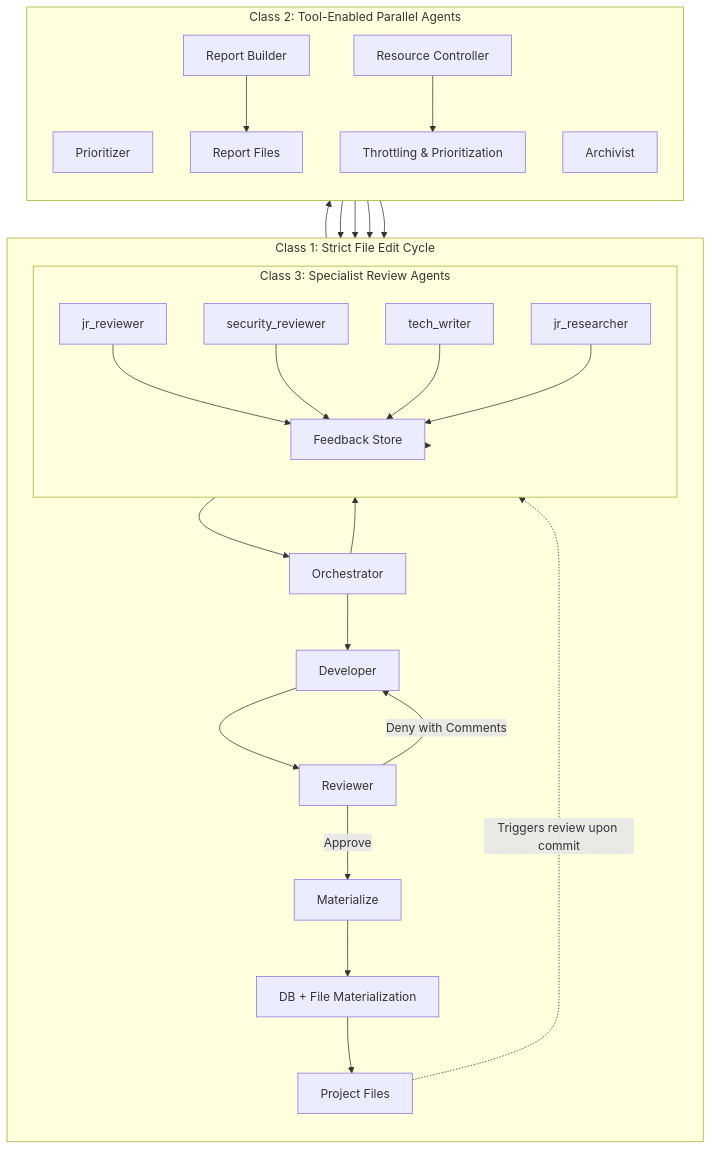
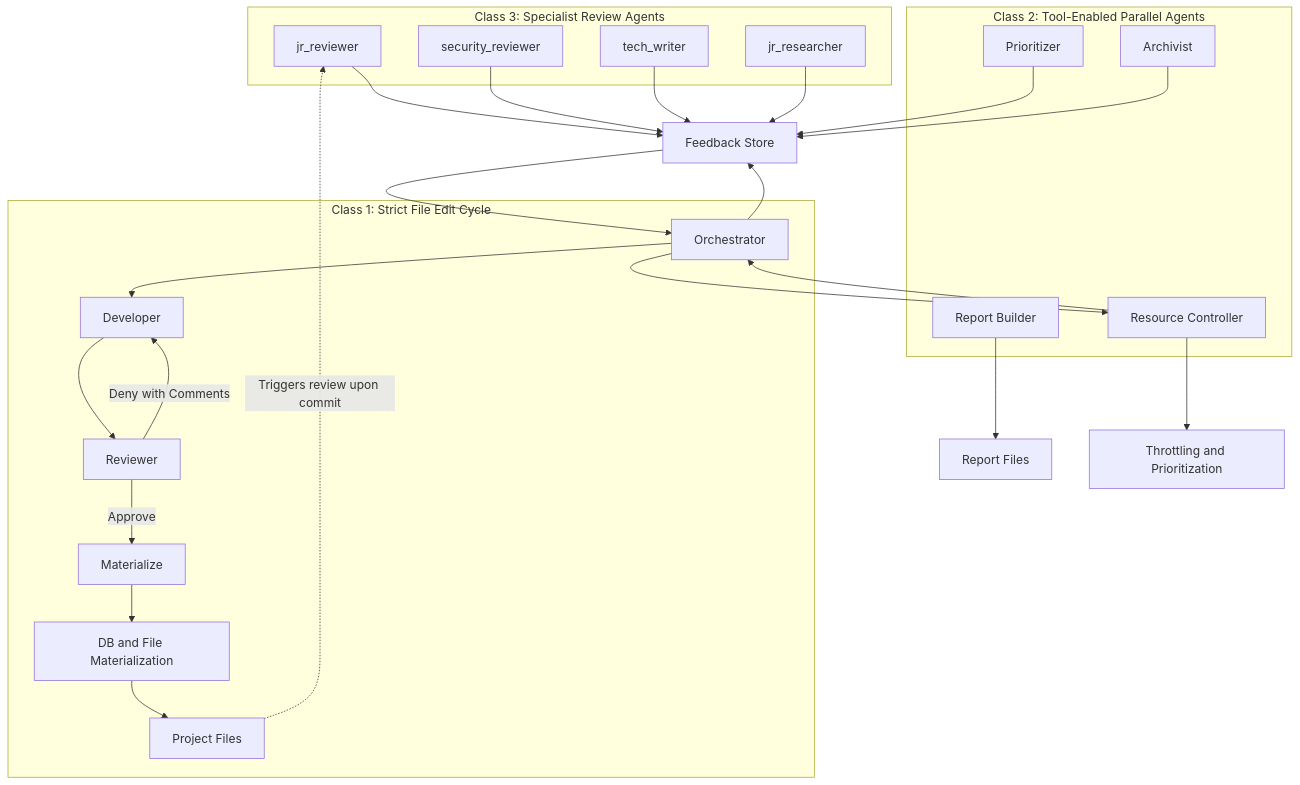
The second of 2 diagrams in README.md (seakintruth/PrizmForge), drawn with Mermaid before and after one commit. The commit also changed other lines of this file and 1 other file, not shown here.

````diff
--- a/README.md
+++ b/README.md
@@ -123,57 +125,54 @@
 ```mermaid
-flowchart BT
+flowchart TD
     subgraph Class3["Class 3: Specialist Review Agents"]
-        direction TB
         JrReviewer["jr_reviewer"]
         Security["security_reviewer"]
         TechWriter["tech_writer"]
         JrResearcher["jr_researcher"]
-
-        JrReviewer --> Feedback["Feedback Store"]
-        Security --> Feedback
-        TechWriter --> Feedback
-        JrResearcher --> Feedback
     end
 
     subgraph Class2["Class 2: Tool-Enabled Parallel Agents"]
-        direction TB
         Prioritizer["Prioritizer"]
         Archivist["Archivist"]
         ReportBuilder["Report Builder"]
         ResourceCtrl["Resource Controller"]
-
-        Prioritizer --> Feedback
-        Archivist --> Feedback
-        ReportBuilder --> Reports["Report Files"]
-        ResourceCtrl --> Throttling["Throttling & Prioritization"]
     end
 
     subgraph Class1["Class 1: Strict File Edit Cycle"]
-        direction TB
         Orchestrator["Orchestrator"]
         Developer["Developer"]
         Reviewer["Reviewer"]
         Materialize["Materialize"]
-        DBMat["DB + File Materialization"]
+        DBMat["DB and File Materialization"]
+        Files["Project Files"]
 
-        Orchestrator --> Feedback
         Orchestrator --> Developer
         Developer --> Reviewer
         Reviewer -->|Approve| Materialize
         Reviewer -->|Deny with Comments| Developer
         Materialize --> DBMat
-        DBMat --> Files["Project Files"]
-
-        Files -.->|Triggers review upon commit| Class3
+        DBMat --> Files
     end
 
+    Feedback["Feedback Store"]
+    Reports["Report Files"]
+    Throttling["Throttling and Prioritization"]
+
+    JrReviewer --> Feedback
+    Security --> Feedback
+    TechWriter --> Feedback
+    JrResearcher --> Feedback
+
+    Prioritizer --> Feedback
+    Archivist --> Feedback
+    ReportBuilder --> Reports
+    ResourceCtrl --> Throttling
+
+    Orchestrator --> Feedback
     Feedback --> Orchestrator
-    Class3 --> Feedback
-    Class2 --> Feedback
 
-    Class2 --> Class1
-    Class1 --> Class2
+    Files -.->|Triggers review upon commit| JrReviewer
 
-    Reports["Report Files"]
-    Throttling["Throttling & Prioritization"]
+    ResourceCtrl --> Orchestrator
+    Orchestrator --> ResourceCtrl
 ```
````
